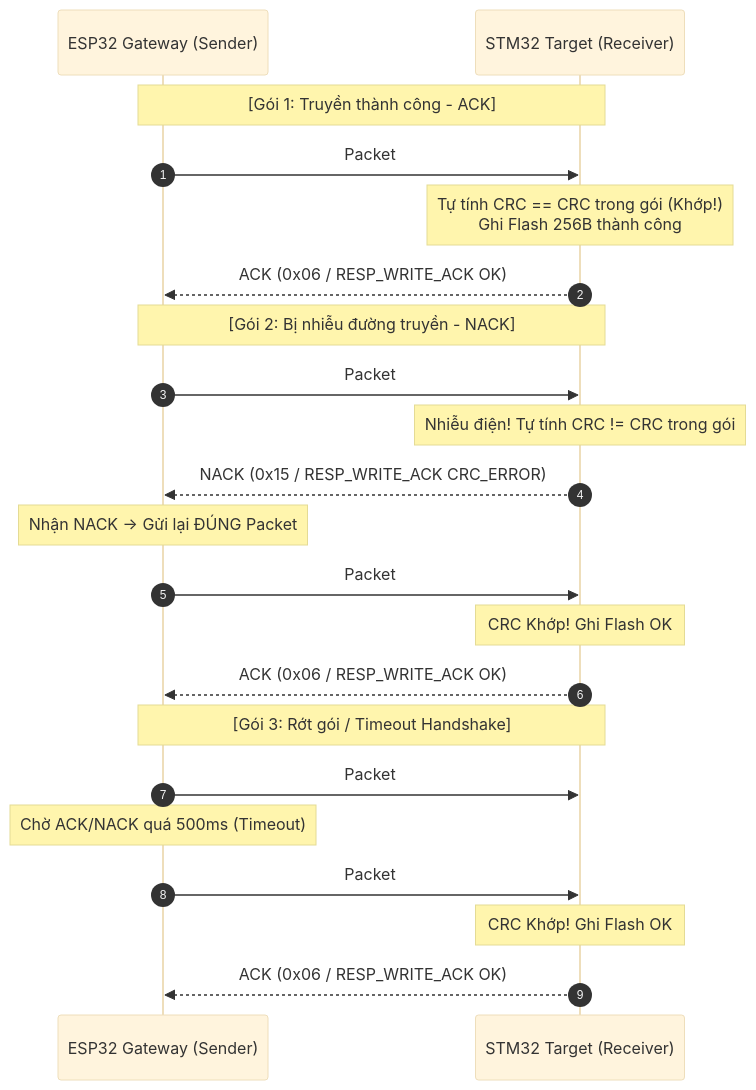
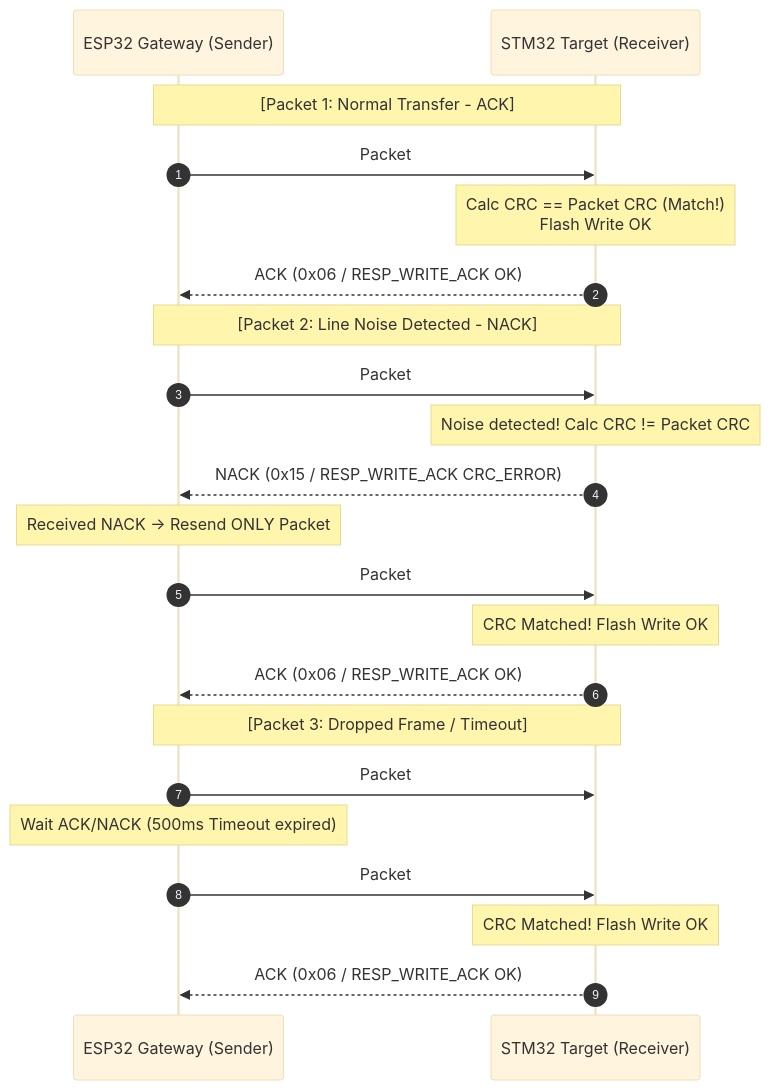
Before and after one commit to ngotienloc/stm32-bootloader: the diagram in README.md, drawn with Mermaid (base theme). The commit also changed other lines of this file, not shown here.

````diff
--- a/README.md
+++ b/README.md
@@ -216,27 +214,27 @@
 ```mermaid
 sequenceDiagram
     autonumber
     participant G as ESP32 Gateway (Sender)
     participant T as STM32 Target (Receiver)
 
-    Note over G,T: [Gói 1: Truyền thành công - ACK]
+    Note over G,T: [Packet 1: Normal Transfer - ACK]
     G->>T: Packet #1 [Offset 0x0000, Data 256B, CRC]
-    Note over T: Tự tính CRC == CRC trong gói (Khớp!)<br/>Ghi Flash 256B thành công
+    Note over T: Calc CRC == Packet CRC (Match!)<br/>Flash Write OK
     T-->>G: ACK (0x06 / RESP_WRITE_ACK OK)
 
-    Note over G,T: [Gói 2: Bị nhiễu đường truyền - NACK]
+    Note over G,T: [Packet 2: Line Noise Detected - NACK]
     G->>T: Packet #2 [Offset 0x0100, Data 256B, CRC]
-    Note over T: Nhiễu điện! Tự tính CRC != CRC trong gói
+    Note over T: Noise detected! Calc CRC != Packet CRC
     T-->>G: NACK (0x15 / RESP_WRITE_ACK CRC_ERROR)
-    Note over G: Nhận NACK -> Gửi lại ĐÚNG Packet #2
+    Note over G: Received NACK -> Resend ONLY Packet #2
     G->>T: Packet #2 [Offset 0x0100, Data 256B, CRC] (Retry 1)
-    Note over T: CRC Khớp! Ghi Flash OK
+    Note over T: CRC Matched! Flash Write OK
     T-->>G: ACK (0x06 / RESP_WRITE_ACK OK)
 
-    Note over G,T: [Gói 3: Rớt gói / Timeout Handshake]
-    G->>T: Packet #3 [Offset 0x0200, Data 256B, CRC] (Mất gói)
-    Note over G: Chờ ACK/NACK quá 500ms (Timeout)
-    G->>T: Packet #3 [Offset 0x0200, Data 256B, CRC] (Retry 1 / 3)
-    Note over T: CRC Khớp! Ghi Flash OK
+    Note over G,T: [Packet 3: Dropped Frame / Timeout]
+    G->>T: Packet #3 [Offset 0x0200, Data 256B, CRC] (Lost)
+    Note over G: Wait ACK/NACK (500ms Timeout expired)
+    G->>T: Packet #3 [Offset 0x0200, Data 256B, CRC] (Retry 1 of 3)
+    Note over T: CRC Matched! Flash Write OK
     T-->>G: ACK (0x06 / RESP_WRITE_ACK OK)
 ```
````
